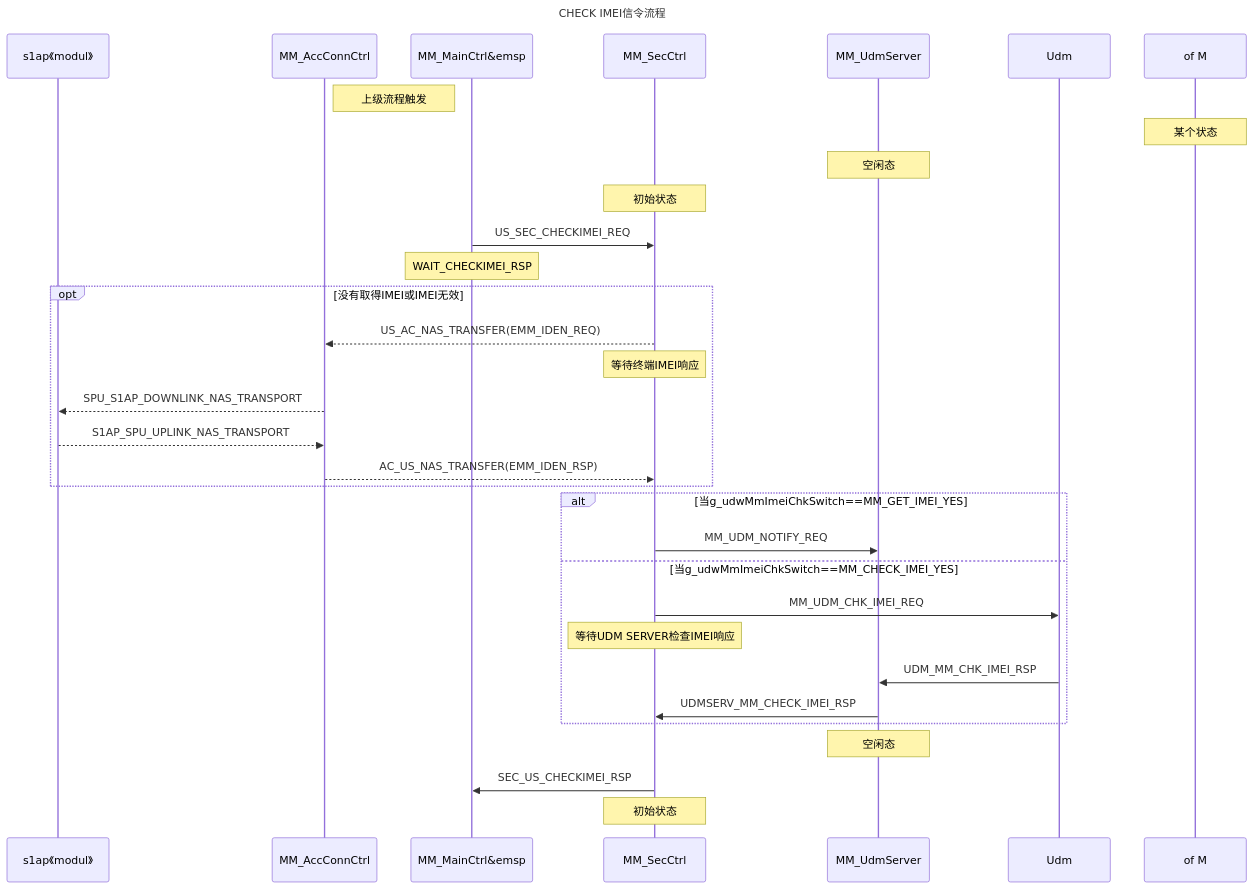
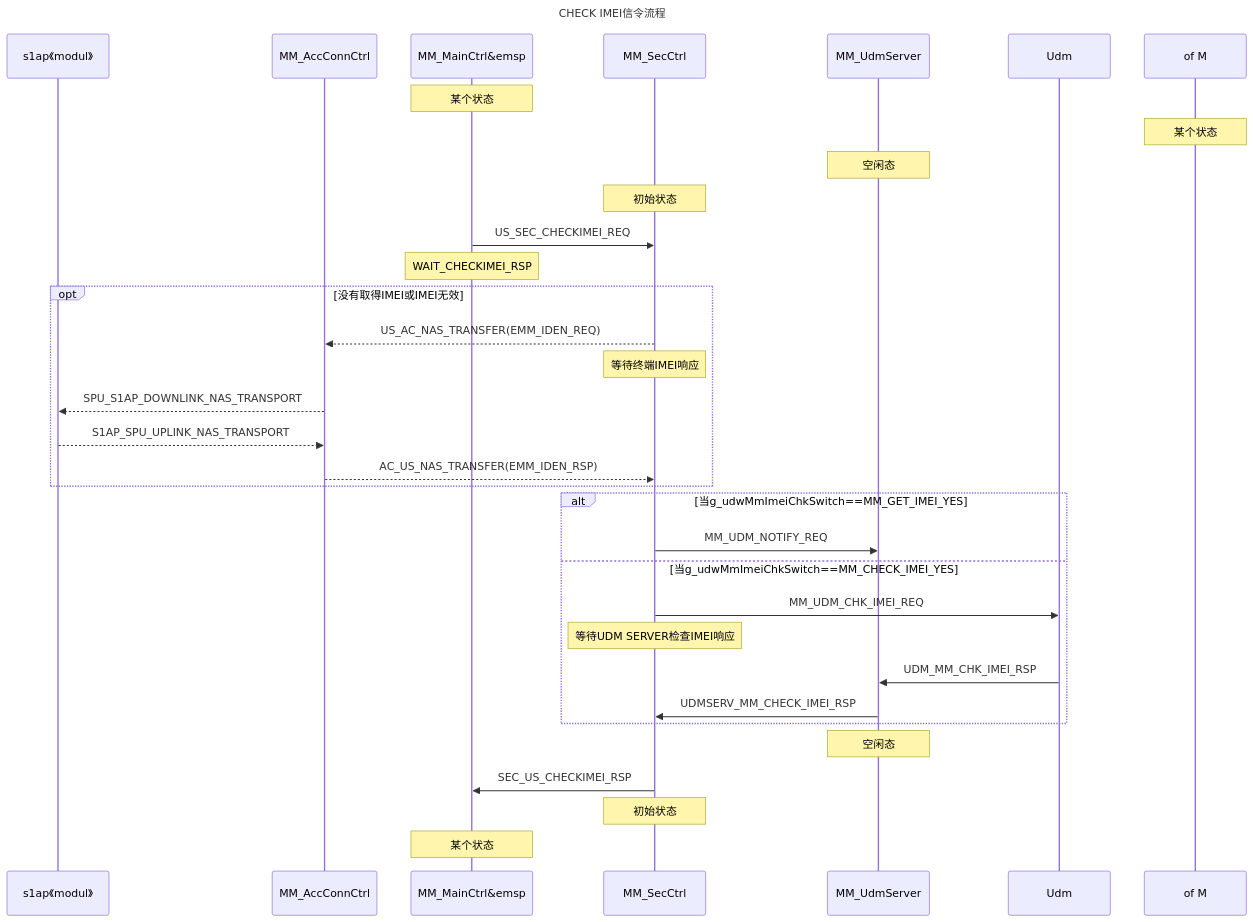
Before and after one commit to liao20081228/blog: the third of 3 diagrams in 4G/SMC与CHECK EMEI.md, drawn with Mermaid.

Commit message:
更新文件 /4G/SMC与CHECK EMEI.md

````diff
--- a/4G/SMC与CHECK EMEI.md
+++ b/4G/SMC与CHECK EMEI.md
@@ -89,39 +89,40 @@
 ```mermaid!
 sequenceDiagram
 
 title: CHECK IMEI信令流程
 participant s1 as s1ap《modul》
 participant A as MM_AccConnCtrl
 participant M as MM_MainCtrl&emsp;
 participant S as MM_SecCtrl
 participant US as MM_UdmServer
 participant U as Udm
-note left of M: 上级流程触发
+note over M: 某个状态
 note over of M:某个状态
 note over US:空闲态
 note over S: 初始状态
 M->>S:US_SEC_CHECKIMEI_REQ
 note over M:WAIT_CHECKIMEI_RSP
 opt 没有取得IMEI或IMEI无效
 S-->>A:US_AC_NAS_TRANSFER(EMM_IDEN_REQ)
 note over S:等待终端IMEI响应
 A-->>s1:SPU_S1AP_DOWNLINK_NAS_TRANSPORT
 s1-->>A:S1AP_SPU_UPLINK_NAS_TRANSPORT
 A-->>S:AC_US_NAS_TRANSFER(EMM_IDEN_RSP)
 end
 
 alt 当g_udwMmImeiChkSwitch==MM_GET_IMEI_YES
 S->>US:MM_UDM_NOTIFY_REQ
 
 else 当g_udwMmImeiChkSwitch==MM_CHECK_IMEI_YES
 S->>U:MM_UDM_CHK_IMEI_REQ
 note over S:等待UDM SERVER检查IMEI响应
 U->>US:UDM_MM_CHK_IMEI_RSP
 US->>S:UDMSERV_MM_CHECK_IMEI_RSP
 end
 note over US:空闲态
 S->>M:SEC_US_CHECKIMEI_RSP
 note over S:初始状态
+note over M:某个状态
 
 
 ```
````
